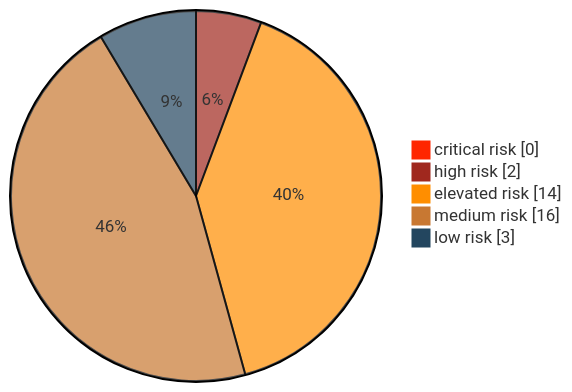
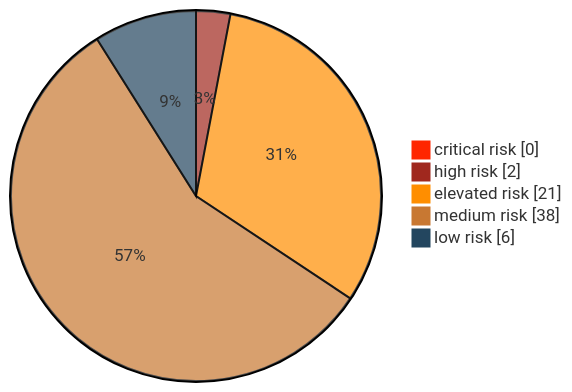
Before and after one commit to Luv1881/Threat-model: the first of 2 diagrams in threagile/output/stride/adocReport/010_ManagementSummary.adoc, drawn with Mermaid. The commit also changed other lines of this file and 312 other files, not shown here.

```diff
--- a/threagile/output/stride/adocReport/010_ManagementSummary.adoc
+++ b/threagile/output/stride/adocReport/010_ManagementSummary.adoc
@@ -23,10 +23,10 @@
 [mermaid]
 ....
 %%{init: {'pie' : {'textPosition' : 0.5}, 'theme': 'base', 'themeVariables': { 'pie1': '#FF2600', 'pie2': '#A0281E', 'pie3': '#FF8E00', 'pie4': '#C87832', 'pie5': '#23465F'}}}%%
 pie showData
   "critical risk" : 0
   "high risk" : 2
-  "elevated risk" : 14
-  "medium risk" : 16
-  "low risk" : 3
+  "elevated risk" : 21
+  "medium risk" : 38
+  "low risk" : 6
 ....
```
